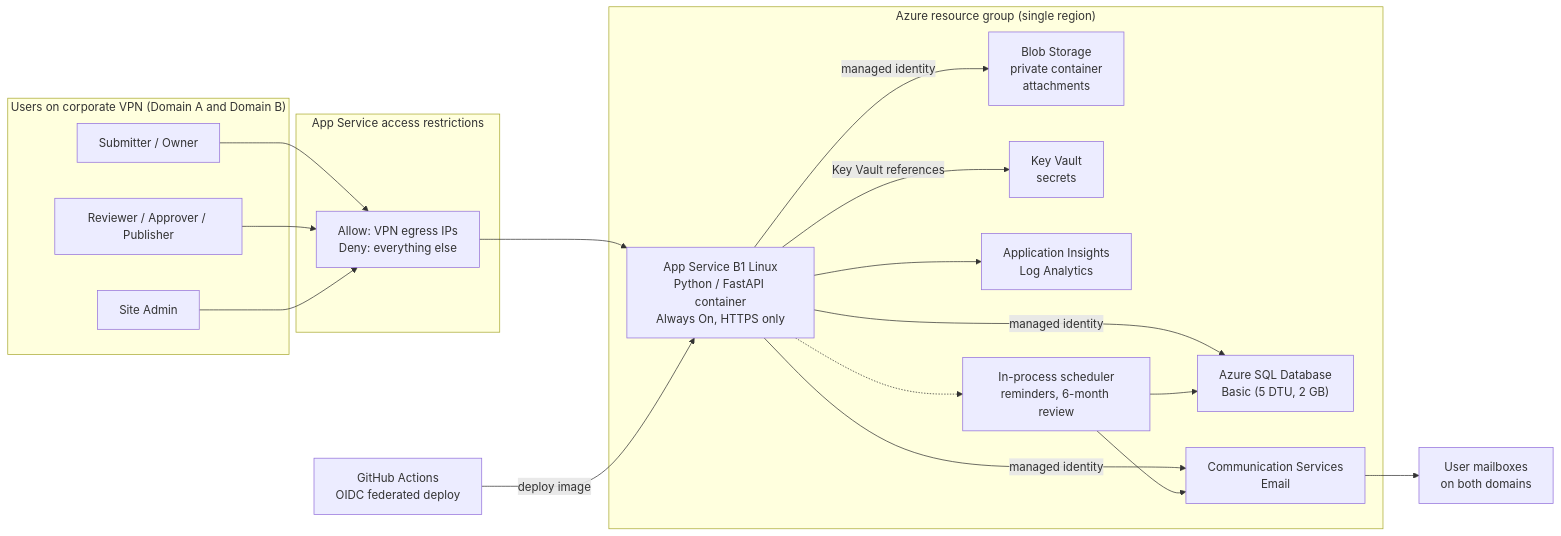
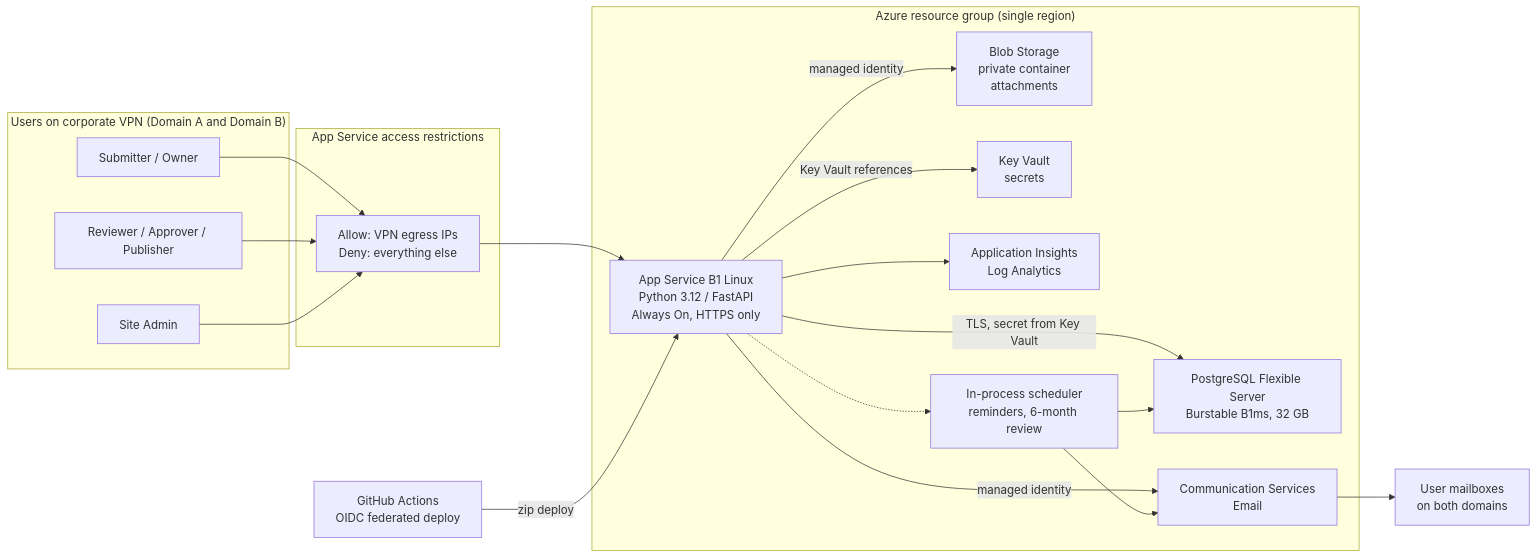
Before and after one commit to DRourke-87/SolutionsHub: the diagram in docs/01-solution-scope.md, drawn with Mermaid. The commit also changed other lines of this file and 134 other files, not shown here.

````diff
--- a/docs/01-solution-scope.md
+++ b/docs/01-solution-scope.md
@@ -66,40 +66,40 @@
 ```mermaid
 flowchart LR
     subgraph Users["Users on corporate VPN (Domain A and Domain B)"]
         U1["Submitter / Owner"]
         U2["Reviewer / Approver / Publisher"]
         U3["Site Admin"]
     end
 
     subgraph Edge["App Service access restrictions"]
         IP["Allow: VPN egress IPs<br/>Deny: everything else"]
     end
 
     subgraph Azure["Azure resource group (single region)"]
-        WEB["App Service B1 Linux<br/>Python / FastAPI container<br/>Always On, HTTPS only"]
-        SQL["Azure SQL Database<br/>Basic (5 DTU, 2 GB)"]
+        WEB["App Service B1 Linux<br/>Python 3.12 / FastAPI<br/>Always On, HTTPS only"]
+        SQL["PostgreSQL Flexible Server<br/>Burstable B1ms, 32 GB"]
         BLOB["Blob Storage<br/>private container<br/>attachments"]
         ACS["Communication Services<br/>Email"]
         KV["Key Vault<br/>secrets"]
         AI["Application Insights<br/>Log Analytics"]
         SCHED["In-process scheduler<br/>reminders, 6-month review"]
     end
 
     GH["GitHub Actions<br/>OIDC federated deploy"]
     MAIL["User mailboxes<br/>on both domains"]
 
     U1 --> IP
     U2 --> IP
     U3 --> IP
     IP --> WEB
-    WEB -- "managed identity" --> SQL
+    WEB -- "TLS, secret from Key Vault" --> SQL
     WEB -- "managed identity" --> BLOB
     WEB -- "managed identity" --> ACS
     WEB -- "Key Vault references" --> KV
     WEB --> AI
     WEB -.-> SCHED
     SCHED --> SQL
     SCHED --> ACS
     ACS --> MAIL
-    GH -- "deploy image" --> WEB
+    GH -- "zip deploy" --> WEB
 ```
````
